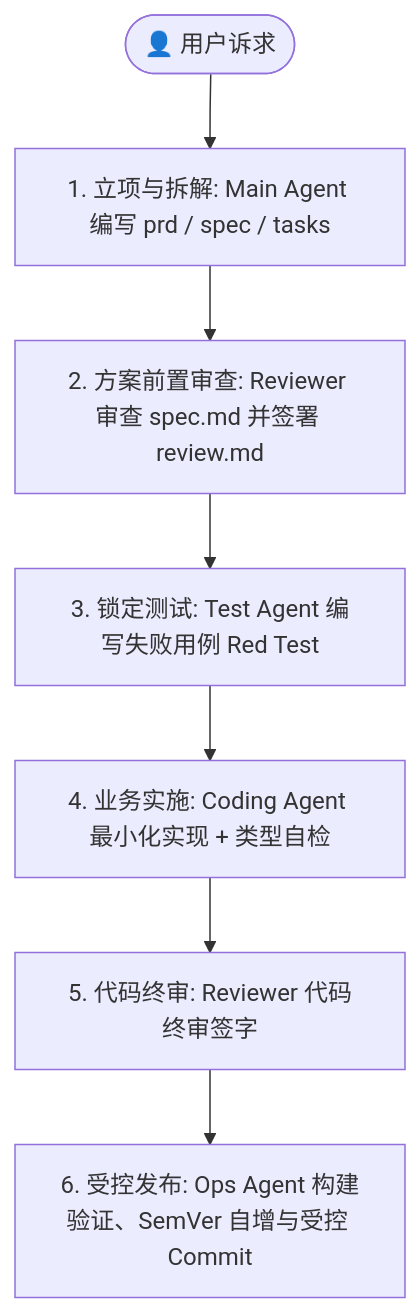
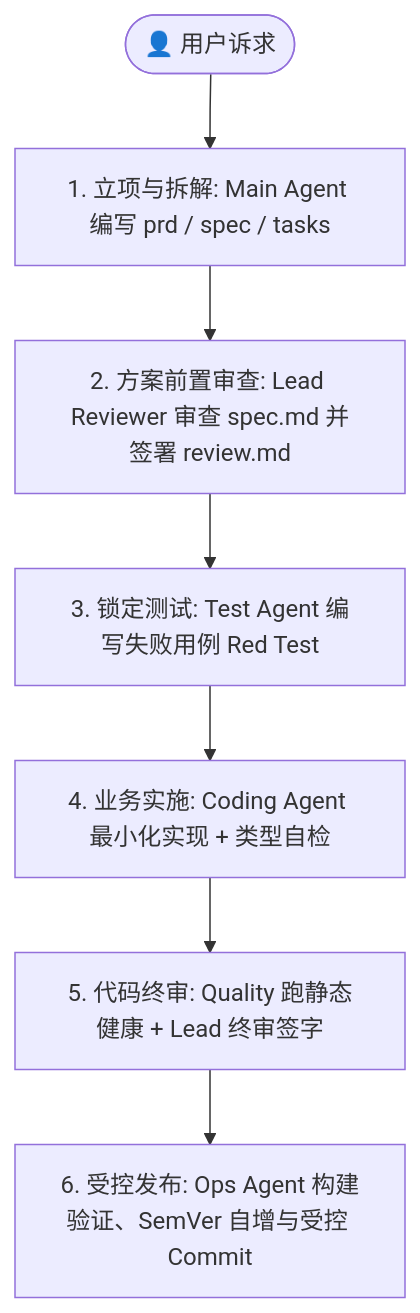
Before and after one commit to gahoo/herdr-teamwork: the diagram in README.md, drawn with Mermaid. The commit also changed other lines of this file and 11 other files, not shown here.

Commit message:
feat(roles): 升级分形审查网络至 1 Lead + 5 专家矩阵，完善 Main 与全角色契约库

````diff
--- a/README.md
+++ b/README.md
@@ -59,9 +59,9 @@
 ```mermaid
 flowchart TD
     User([👤 用户诉求]) --> Main[1. 立项与拆解: Main Agent 编写 prd / spec / tasks]
-    Main --> RevPhase1[2. 方案前置审查: Reviewer 审查 spec.md 并签署 review.md]
+    Main --> RevPhase1[2. 方案前置审查: Lead Reviewer 审查 spec.md 并签署 review.md]
     RevPhase1 --> TestRed[3. 锁定测试: Test Agent 编写失败用例 Red Test]
     TestRed --> CodeGreen[4. 业务实施: Coding Agent 最小化实现 + 类型自检]
-    CodeGreen --> RevPhase2[5. 代码终审: Reviewer 代码终审签字]
+    CodeGreen --> RevPhase2[5. 代码终审: Quality 跑静态健康 + Lead 终审签字]
     RevPhase2 --> OpsDeploy[6. 受控发布: Ops Agent 构建验证、SemVer 自增与受控 Commit]
 ```
````
